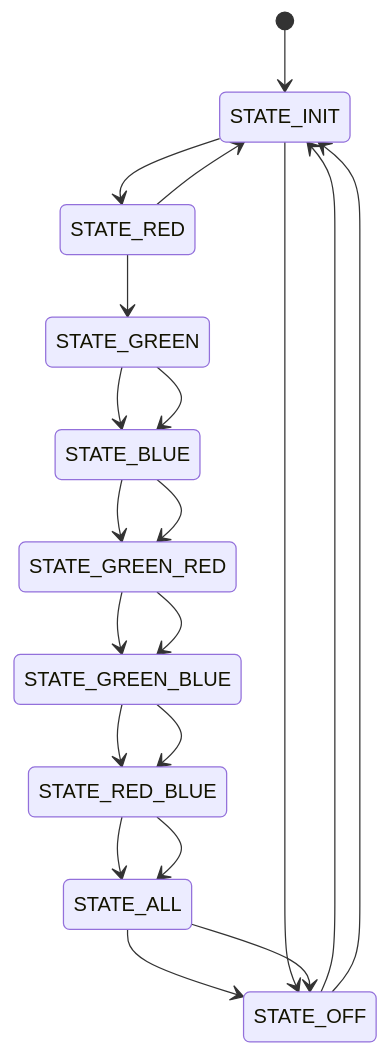
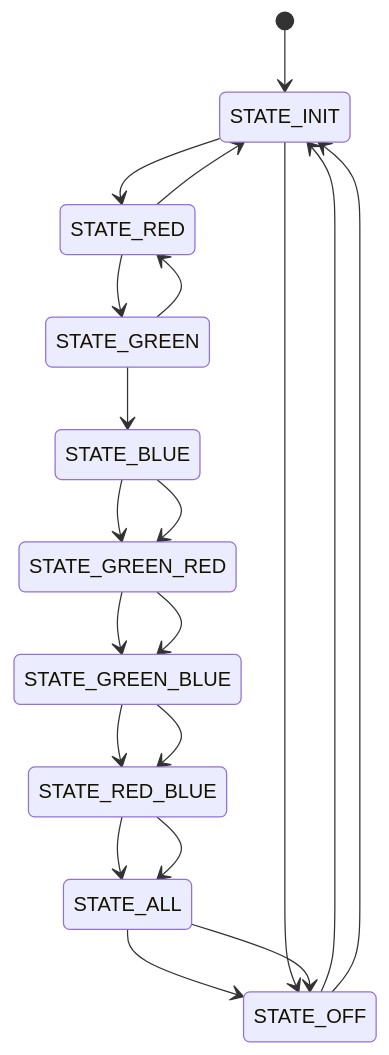
Before and after one commit to AngelMzno/iodraw-files: the diagram in all/Mapa de Estado.md, drawn with Mermaid.

Commit message:
2024-09-03 19:41:47 update

````diff
--- a/all/Mapa de Estado.md
+++ b/all/Mapa de Estado.md
@@ -1,27 +1,27 @@
 ```mermaid
 stateDiagram-v2
 [*]-->STATE_INIT
 STATE_INIT --> STATE_RED
 STATE_RED --> STATE_GREEN
 STATE_GREEN-->STATE_BLUE
 STATE_BLUE -->STATE_GREEN_RED
 STATE_GREEN_RED -->STATE_GREEN_BLUE
 STATE_GREEN_BLUE-->STATE_RED_BLUE
 STATE_RED_BLUE-->STATE_ALL
 STATE_ALL-->STATE_OFF
 STATE_OFF-->STATE_INIT
 
 [*]STATE_INIT
 STATE_INIT --> STATE_OFF
 STATE_RED --> STATE_INIT
-STATE_GREEN-->STATE_BLUE
+STATE_GREEN-->STATE_RED
 STATE_BLUE -->STATE_GREEN_RED
 STATE_GREEN_RED -->STATE_GREEN_BLUE
 STATE_GREEN_BLUE-->STATE_RED_BLUE
 STATE_RED_BLUE-->STATE_ALL
 STATE_ALL-->STATE_OFF
 STATE_OFF-->STATE_INIT
 
 
 
 ```
````
